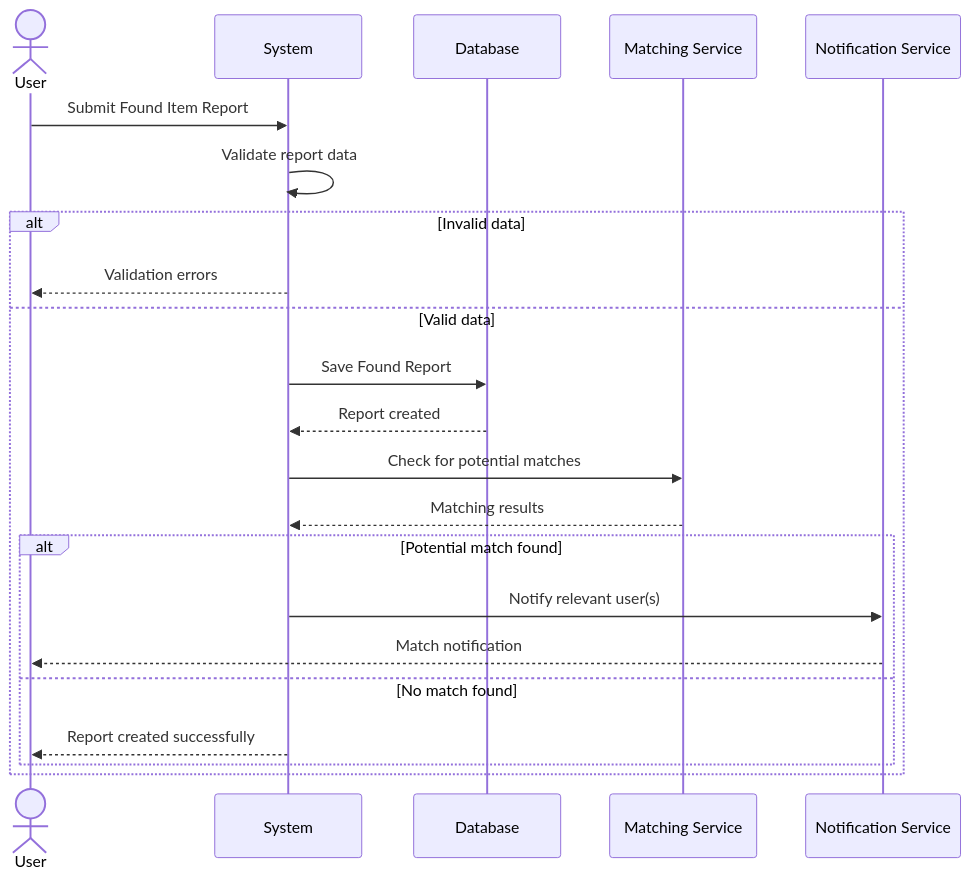
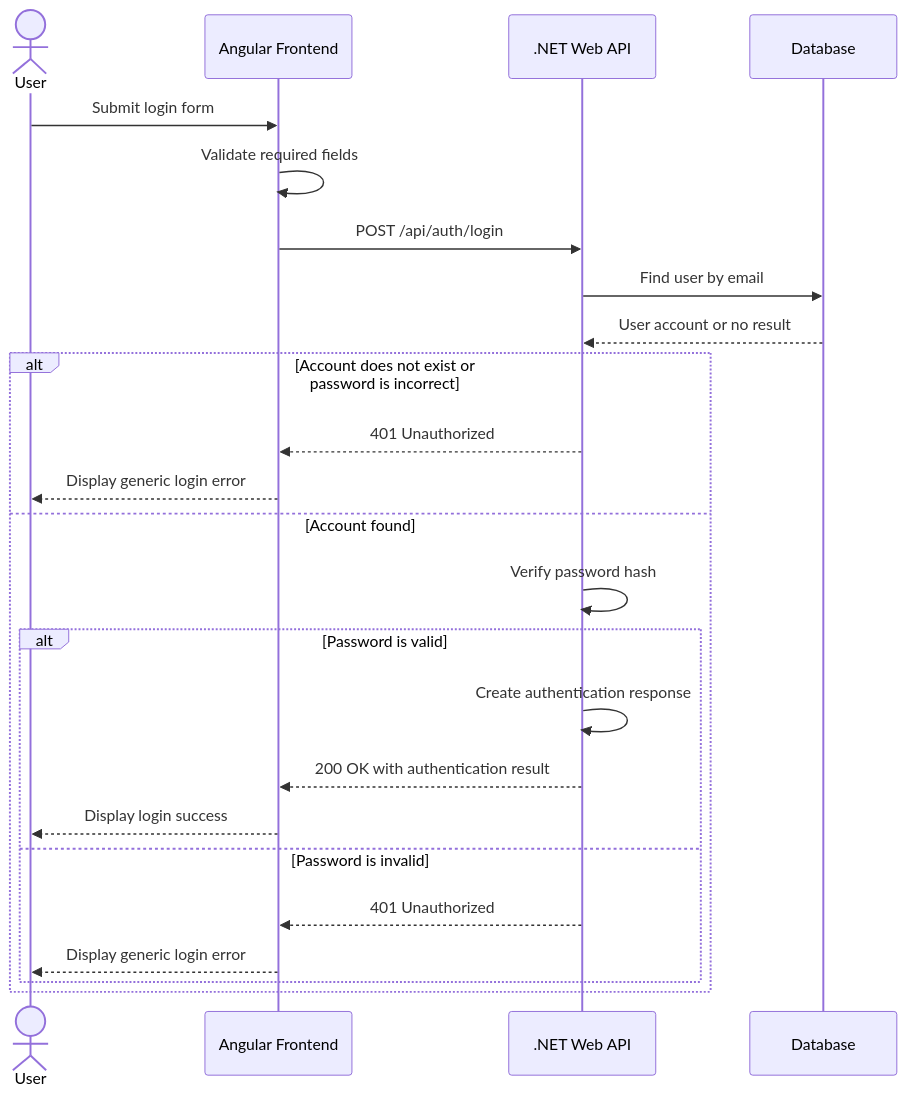
One commit to RahmaAmeen0/lost-and-found-platform changed the second of 8 diagrams in docs/sequence-diagrams.md. Above: the diagram before and after it, drawn with Mermaid. The commit also changed other lines of this file, not shown here.

````diff
--- a/docs/sequence-diagrams.md
+++ b/docs/sequence-diagrams.md
@@ -81,29 +48,29 @@
 ```mermaid
 sequenceDiagram
     actor User
-    participant System
-    participant Database
-    participant Matching as Matching Service
-    participant Notification as Notification Service
+    participant Frontend as Angular Frontend
+    participant API as .NET Web API
+    participant DB as Database
 
-    User->>System: Submit Found Item Report
+    User->>Frontend: Submit login form
+    Frontend->>Frontend: Validate required fields
+    Frontend->>API: POST /api/auth/login
+    API->>DB: Find user by email
+    DB-->>API: User account or no result
 
-    System->>System: Validate report data
+    alt Account does not exist or password is incorrect
+        API-->>Frontend: 401 Unauthorized
+        Frontend-->>User: Display generic login error
+    else Account found
+        API->>API: Verify password hash
 
-    alt Invalid data
-        System-->>User: Validation errors
-    else Valid data
-        System->>Database: Save Found Report
-        Database-->>System: Report created
-
-        System->>Matching: Check for potential matches
-        Matching-->>System: Matching results
-
-        alt Potential match found
-            System->>Notification: Notify relevant user(s)
-            Notification-->>User: Match notification
-        else No match found
-            System-->>User: Report created successfully
+        alt Password is valid
+            API->>API: Create authentication response
+            API-->>Frontend: 200 OK with authentication result
+            Frontend-->>User: Display login success
+        else Password is invalid
+            API-->>Frontend: 401 Unauthorized
+            Frontend-->>User: Display generic login error
         end
     end
 ```
````
